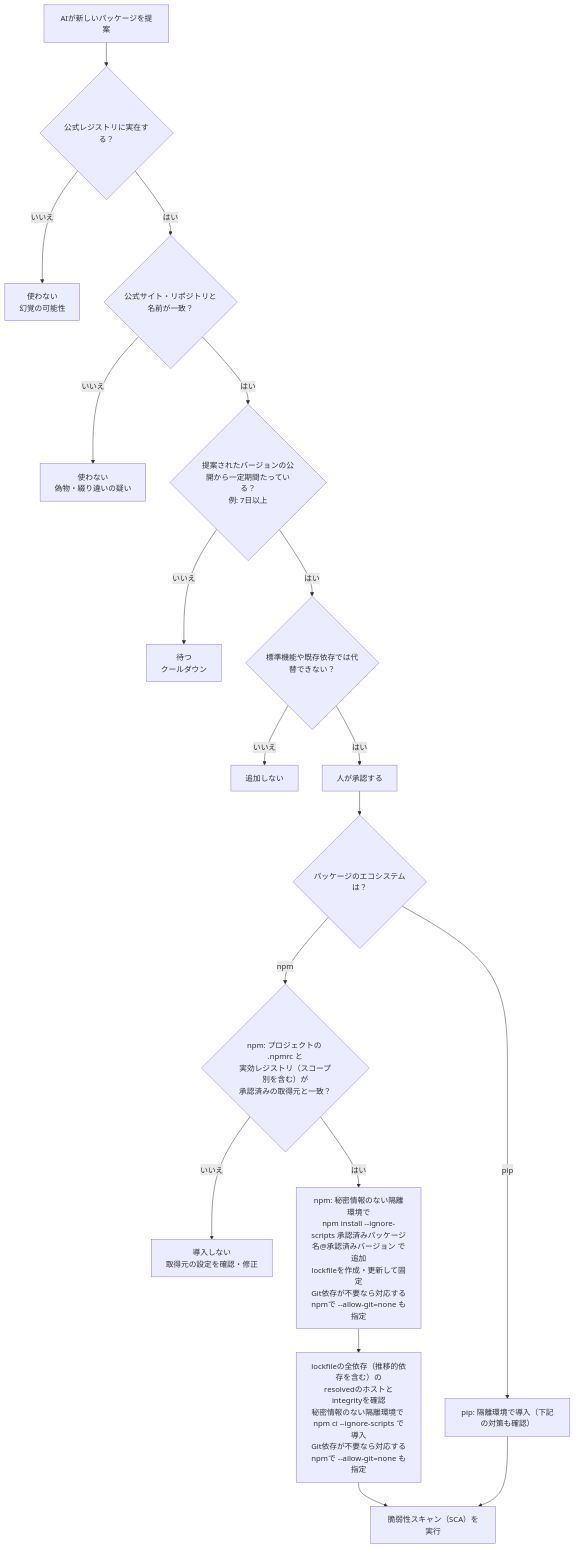
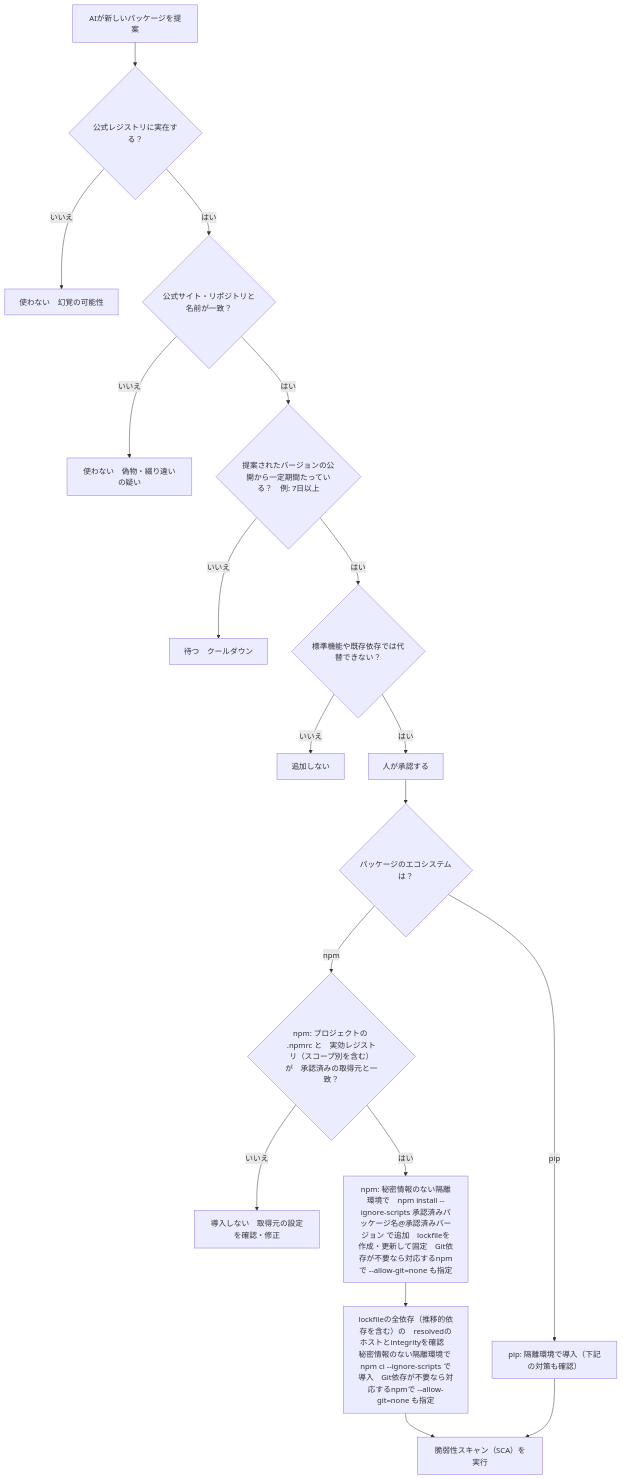
One commit to myoshi2891/Security_Studies changed the sixth of 9 diagrams in Ai-coding-safety-guide.md. Above: the diagram before and after it, drawn with Mermaid. The commit also changed other lines of this file, not shown here.

Commit message:
docs(ai-coding): replace br tags with fullwidth spaces in mermaid diagrams

````diff
--- a/Ai-coding-safety-guide.md
+++ b/Ai-coding-safety-guide.md
@@ -484,20 +484,20 @@
 ```mermaid
 flowchart TD
     A["AIが新しいパッケージを提案"] --> B{"公式レジストリに実在する？"}
-    B -->|"いいえ"| X1["使わない<br/>幻覚の可能性"]
+    B -->|"いいえ"| X1["使わない　幻覚の可能性"]
     B -->|"はい"| C{"公式サイト・リポジトリと名前が一致？"}
-    C -->|"いいえ"| X2["使わない<br/>偽物・綴り違いの疑い"]
-    C -->|"はい"| D{"提案されたバージョンの公開から一定期間たっている？<br/>例: 7日以上"}
-    D -->|"いいえ"| X3["待つ<br/>クールダウン"]
+    C -->|"いいえ"| X2["使わない　偽物・綴り違いの疑い"]
+    C -->|"はい"| D{"提案されたバージョンの公開から一定期間たっている？　例: 7日以上"}
+    D -->|"いいえ"| X3["待つ　クールダウン"]
     D -->|"はい"| E{"標準機能や既存依存では代替できない？"}
     E -->|"いいえ"| X4["追加しない"]
     E -->|"はい"| F["人が承認する"]
     F --> P{"パッケージのエコシステムは？"}
-    P -->|"npm"| R{"npm: プロジェクトの .npmrc と<br/>実効レジストリ（スコープ別を含む）が<br/>承認済みの取得元と一致？"}
-    R -->|"いいえ"| X5["導入しない<br/>取得元の設定を確認・修正"]
-    R -->|"はい"| G["npm: 秘密情報のない隔離環境で<br/>npm install --ignore-scripts 承認済みパッケージ名@承認済みバージョン で追加<br/>lockfileを作成・更新して固定<br/>Git依存が不要なら対応するnpmで --allow-git=none も指定"]
-    G --> H["lockfileの全依存（推移的依存を含む）の<br/>resolvedのホストとintegrityを確認<br/>秘密情報のない隔離環境で npm ci --ignore-scripts で導入<br/>Git依存が不要なら対応するnpmで --allow-git=none も指定"]
+    P -->|"npm"| R{"npm: プロジェクトの .npmrc と　実効レジストリ（スコープ別を含む）が　承認済みの取得元と一致？"}
+    R -->|"いいえ"| X5["導入しない　取得元の設定を確認・修正"]
+    R -->|"はい"| G["npm: 秘密情報のない隔離環境で　npm install --ignore-scripts 承認済みパッケージ名@承認済みバージョン で追加　lockfileを作成・更新して固定　Git依存が不要なら対応するnpmで --allow-git=none も指定"]
+    G --> H["lockfileの全依存（推移的依存を含む）の　resolvedのホストとintegrityを確認　秘密情報のない隔離環境で npm ci --ignore-scripts で導入　Git依存が不要なら対応するnpmで --allow-git=none も指定"]
     H --> I["脆弱性スキャン（SCA）を実行"]
     P -->|"pip"| J["pip: 隔離環境で導入（下記の対策も確認）"]
     J --> I
 ```
````
